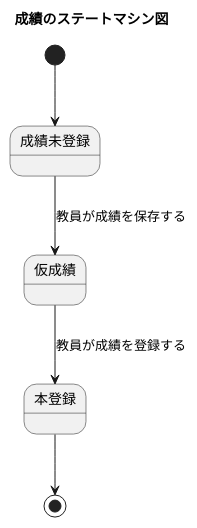
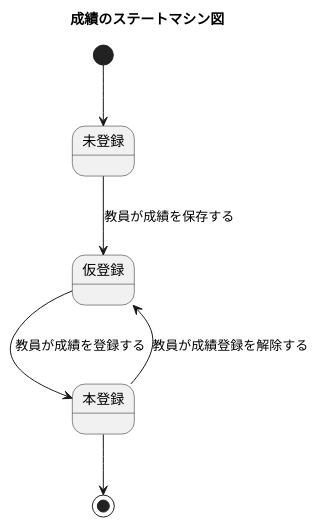
The diagram in uml/15/statemachine/statemachine2.puml (tanusai646/software-desine), drawn with PlantUML before and after one commit. The commit also changed 22 other files, not shown here.

```diff
--- a/uml/15/statemachine/statemachine2.puml
+++ b/uml/15/statemachine/statemachine2.puml
@@ -1,11 +1,13 @@
 @startuml 8-1
 title 成績のステートマシン図
 
-[*] --> 成績未登録
+[*] --> 未登録
 
-成績未登録 --> 仮成績 : 教員が成績を保存する
+未登録 --> 仮登録 : 教員が成績を保存する
 
-仮成績 --> 本登録 : 教員が成績を登録する
+仮登録 --> 本登録 : 教員が成績を登録する
+
+本登録 --> 仮登録 : 教員が成績登録を解除する
 
 本登録 --> [*]
 @enduml
```
